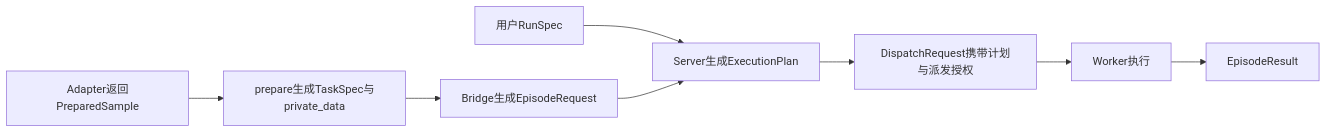
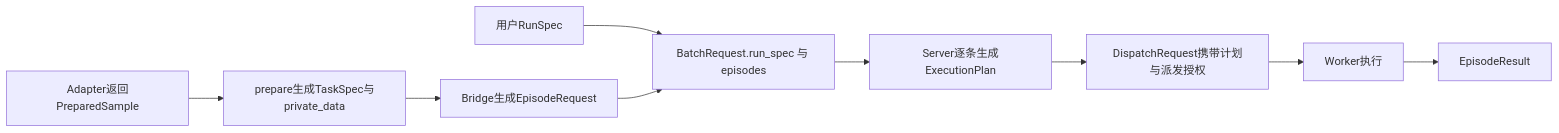
The seventh of 16 diagrams in docs/uenv_design.md (audreyyan1015/uenv_design), drawn with Mermaid before and after one commit. The commit also changed other lines of this file and 34 other files, not shown here.

Commit message:
Submit shared run configuration with each episode batch

````diff
--- a/docs/uenv_design.md
+++ b/docs/uenv_design.md
@@ -402,10 +406,11 @@
 ```mermaid
 flowchart LR
   A[Adapter返回PreparedSample] --> T[prepare生成TaskSpec与private_data]
   T --> E[Bridge生成EpisodeRequest]
-  R[用户RunSpec] --> P[Server生成ExecutionPlan]
-  E --> P
+  R[用户RunSpec] --> B[BatchRequest.run_spec 与 episodes]
+  E --> B
+  B --> P[Server逐条生成ExecutionPlan]
   P --> D[DispatchRequest携带计划与派发授权]
   D --> W[Worker执行]
   W --> O[EpisodeResult]
 ```
````
